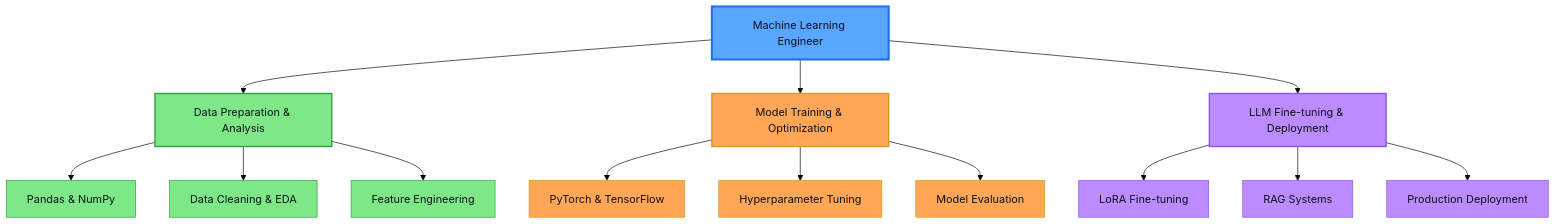
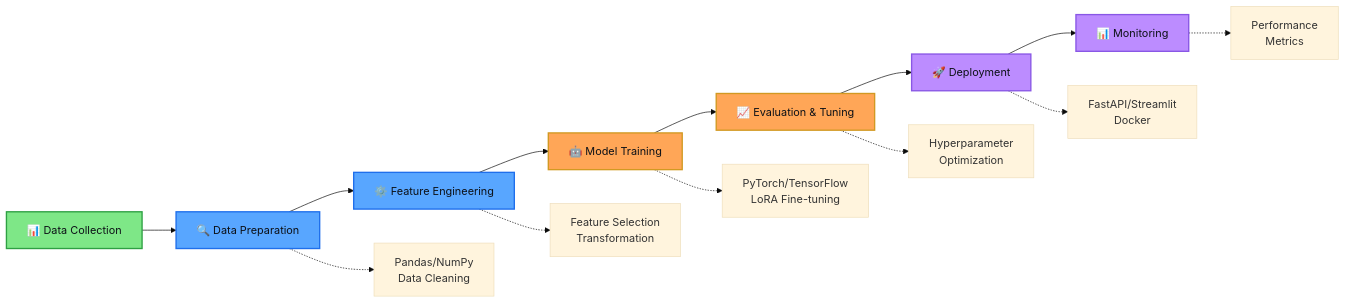
Before and after one commit to 4F71/4F71: the diagram in README.md, drawn with Mermaid (base theme). The commit also changed other lines of this file, not shown here.

````diff
--- a/README.md
+++ b/README.md
@@ -174,35 +120,24 @@
 ```mermaid
-graph TB
-    A[Machine Learning Engineer] --> B[Data Preparation & Analysis]
-    A --> C[Model Training & Optimization]
-    A --> D[LLM Fine-tuning & Deployment]
+graph LR
+    A[📊 Data Collection] --> B[🔍 Data Preparation]
+    B --> C[⚙️ Feature Engineering]
+    C --> D[🤖 Model Training]
+    D --> E[📈 Evaluation & Tuning]
+    E --> F[🚀 Deployment]
+    F --> G[📊 Monitoring]
     
-    B --> B1[Pandas & NumPy]
-    B --> B2[Data Cleaning & EDA]
-    B --> B3[Feature Engineering]
+    B -.-> B1[Pandas/NumPy<br/>Data Cleaning]
+    C -.-> C1[Feature Selection<br/>Transformation]
+    D -.-> D1[PyTorch/TensorFlow<br/>LoRA Fine-tuning]
+    E -.-> E1[Hyperparameter<br/>Optimization]
+    F -.-> F1[FastAPI/Streamlit<br/>Docker]
+    G -.-> G1[Performance<br/>Metrics]
     
-    C --> C1[PyTorch & TensorFlow]
-    C --> C2[Hyperparameter Tuning]
-    C --> C3[Model Evaluation]
-    
-    D --> D1[LoRA Fine-tuning]
-    D --> D2[RAG Systems]
-    D --> D3[Production Deployment]
-    
-    style A fill:#58a6ff,stroke:#1f6feb,stroke-width:3px,color:#0d1117
-    style B fill:#7ee787,stroke:#2ea043,stroke-width:2px,color:#0d1117
-    style C fill:#ffa657,stroke:#d29922,stroke-width:2px,color:#0d1117
-    style D fill:#bc8cff,stroke:#8957e5,stroke-width:2px,color:#0d1117
-    
-    style B1 fill:#7ee787,stroke:#2ea043,color:#0d1117
-    style B2 fill:#7ee787,stroke:#2ea043,color:#0d1117
-    style B3 fill:#7ee787,stroke:#2ea043,color:#0d1117
-    
-    style C1 fill:#ffa657,stroke:#d29922,color:#0d1117
-    style C2 fill:#ffa657,stroke:#d29922,color:#0d1117
-    style C3 fill:#ffa657,stroke:#d29922,color:#0d1117
-    
-    style D1 fill:#bc8cff,stroke:#8957e5,color:#0d1117
-    style D2 fill:#bc8cff,stroke:#8957e5,color:#0d1117
-    style D3 fill:#bc8cff,stroke:#8957e5,color:#0d1117
+    style A fill:#7ee787,stroke:#2ea043,stroke-width:2px,color:#0d1117
+    style B fill:#58a6ff,stroke:#1f6feb,stroke-width:2px,color:#0d1117
+    style C fill:#58a6ff,stroke:#1f6feb,stroke-width:2px,color:#0d1117
+    style D fill:#ffa657,stroke:#d29922,stroke-width:2px,color:#0d1117
+    style E fill:#ffa657,stroke:#d29922,stroke-width:2px,color:#0d1117
+    style F fill:#bc8cff,stroke:#8957e5,stroke-width:2px,color:#0d1117
+    style G fill:#bc8cff,stroke:#8957e5,stroke-width:2px,color:#0d1117
 ```
````
